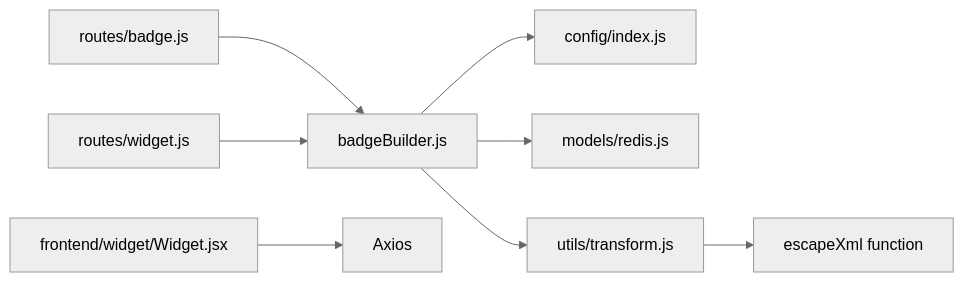
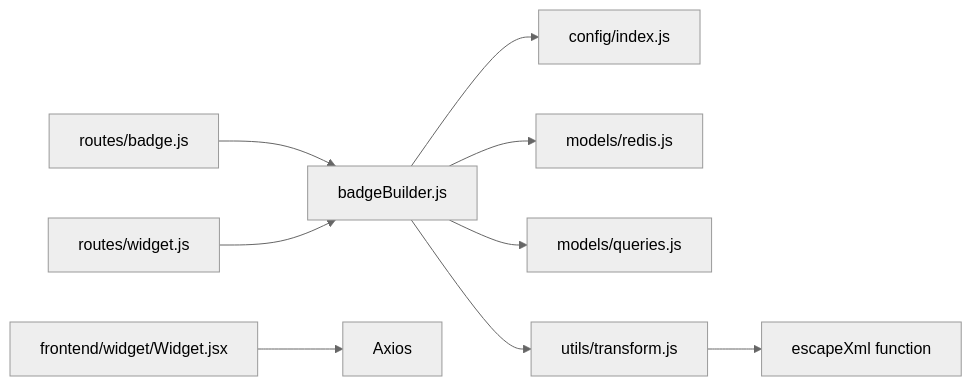
One commit to RunTimeAdmin/AgentID changed the sixth of 6 diagrams in .qoder/repowiki/en/content/Service Layer/Badge Services.md. Above: the diagram before and after it, drawn with Mermaid (neutral theme). The commit also changed other lines of this file and 31 other files, not shown here.

````diff
--- a/.qoder/repowiki/en/content/Service Layer/Badge Services.md
+++ b/.qoder/repowiki/en/content/Service Layer/Badge Services.md
@@ -287,10 +293,11 @@
 ```mermaid
 graph LR
 BB["badgeBuilder.js"] --> CFG["config/index.js"]
 BB --> REDIS["models/redis.js"]
+BB --> QUERIES["models/queries.js"]
 BB --> TRANS["utils/transform.js"]
 TRANS --> ESCAPEXML["escapeXml function"]
 BR["routes/badge.js"] --> BB
 WR["routes/widget.js"] --> BB
 WIDGET["frontend/widget/Widget.jsx"] --> API["Axios"]
 ```
````
